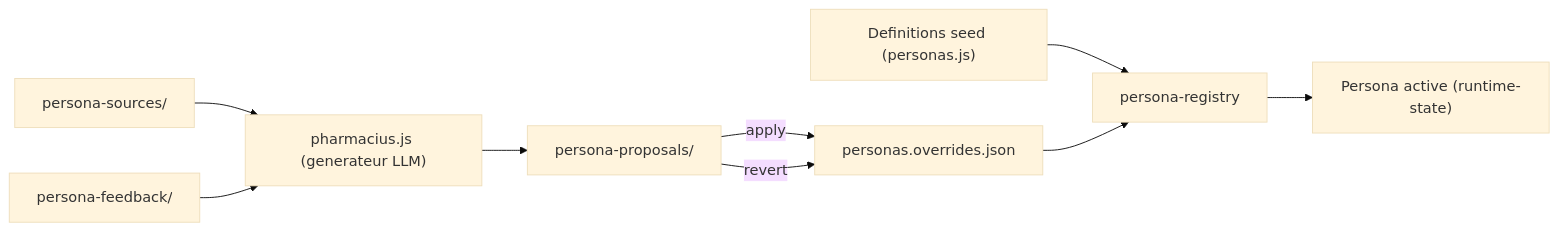
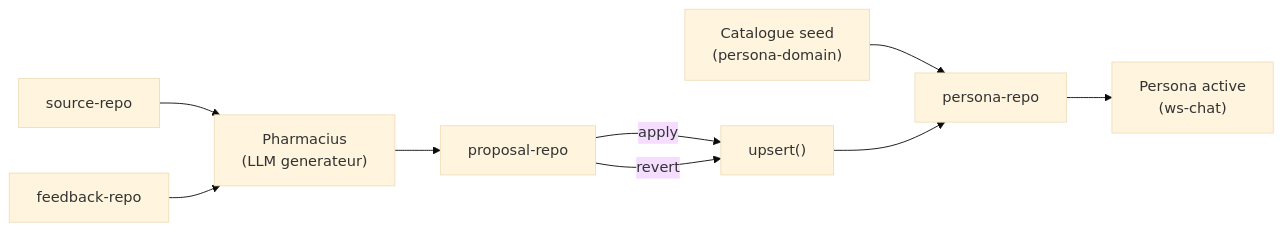
One commit to electron-rare/kxkm_clown changed the tenth of 14 diagrams in docs/ARCHITECTURE.md. Above: the diagram before and after it, drawn with Mermaid (base theme). The commit also changed other lines of this file and 6 other files, not shown here.

````diff
--- a/docs/ARCHITECTURE.md
+++ b/docs/ARCHITECTURE.md
@@ -227,22 +360,22 @@
 ```mermaid
 flowchart LR
-    Seed["Definitions seed (personas.js)"]
-    Registry["persona-registry"]
-    Overrides["personas.overrides.json"]
-    Feedback["persona-feedback/"]
-    Sources["persona-sources/"]
-    Pharmacius["pharmacius.js (generateur LLM)"]
-    Proposals["persona-proposals/"]
-    Runtime["Persona active (runtime-state)"]
+    Seed["Catalogue seed\n(persona-domain)"]
+    Registry["persona-repo"]
+    Overrides["upsert()"]
+    Feedback["feedback-repo"]
+    Sources["source-repo"]
+    Pharmacius["Pharmacius\n(LLM generateur)"]
+    Proposals["proposal-repo"]
+    Runtime["Persona active\n(ws-chat)"]
 
     Seed --> Registry
     Overrides --> Registry
     Registry --> Runtime
 
     Sources --> Pharmacius
     Feedback --> Pharmacius
     Pharmacius --> Proposals
 
     Proposals -- "apply" --> Overrides
     Proposals -- "revert" --> Overrides
 ```
````
